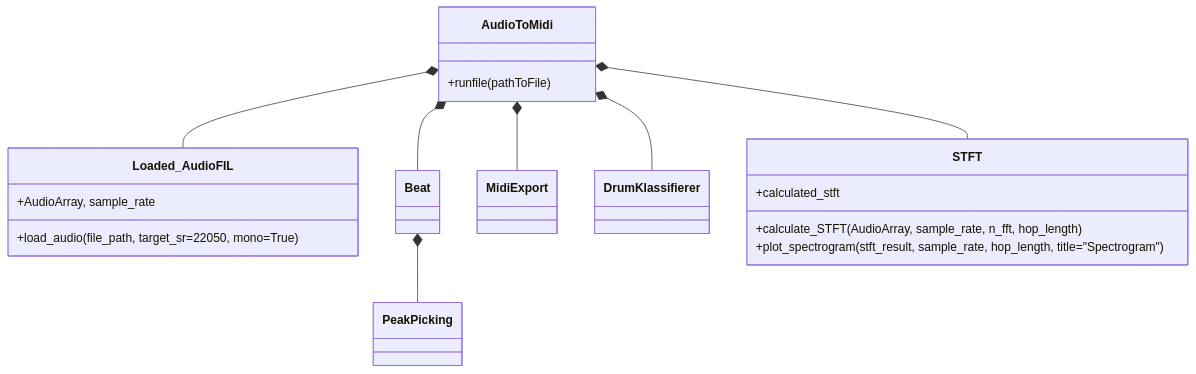
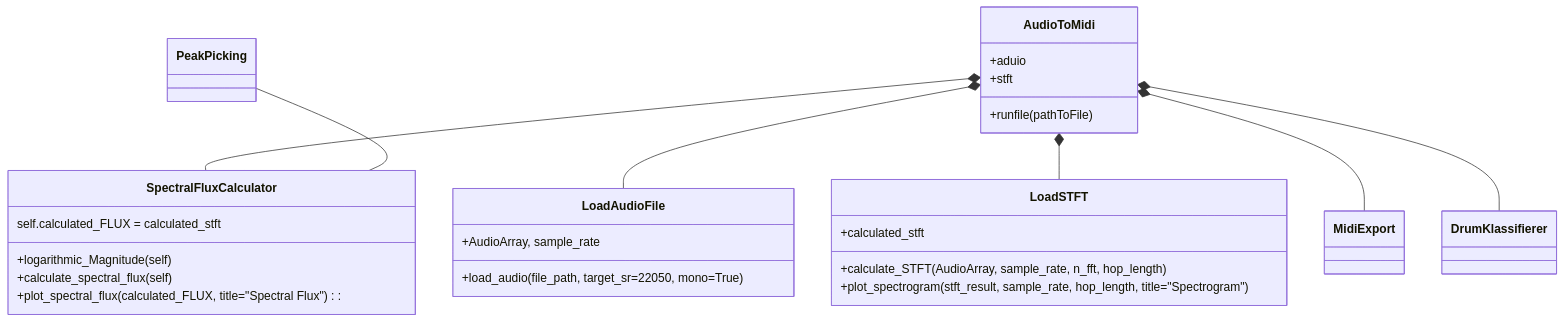
The diagram in ClassDiagramm/Classes.mmd (petwie/Audio-to-MIDI), drawn with Mermaid before and after one commit.

Commit message:
Klassendiagramm erweitert

```diff
--- a/ClassDiagramm/Classes.mmd
+++ b/ClassDiagramm/Classes.mmd
@@ -1,37 +1,49 @@
 classDiagram
+
 direction TB
-    class Loaded_AudioFIL{
+    class LoadAudioFile{
+
         +AudioArray, sample_rate
         +load_audio(file_path, target_sr=22050, mono=True)
+        
     }
 
-    class Beat{
+    class SpectralFluxCalculator{
+
+        self.calculated_FLUX = calculated_stft
+        
+        +logarithmic_Magnitude(self)
+        +calculate_spectral_flux(self)
+        +plot_spectral_flux(calculated_FLUX, title="Spectral Flux"):
+
     }
 
     class PeakPicking{
     }
 
     class AudioToMidi{
-      +runfile(pathToFile)
+        +aduio
+        +stft
+        +runfile(pathToFile)
     }
 
     class MidiExport{
 
     }
 
     class DrumKlassifierer{
 
     }
 
-    class STFT{
+    class  LoadSTFT{
         +calculated_stft
         +calculate_STFT(AudioArray, sample_rate, n_fft, hop_length)
         +plot_spectrogram(stft_result, sample_rate, hop_length, title="Spectrogram")
     }
 
-    AudioToMidi *-- Loaded_AudioFIL
-    AudioToMidi *-- STFT
-    AudioToMidi *-- Beat
+    AudioToMidi *-- LoadAudioFile
+    AudioToMidi *-- LoadSTFT
+    AudioToMidi *-- SpectralFluxCalculator
     AudioToMidi *-- MidiExport
     AudioToMidi *-- DrumKlassifierer
-    Beat *-- PeakPicking       
+    PeakPicking -- SpectralFluxCalculator
```
